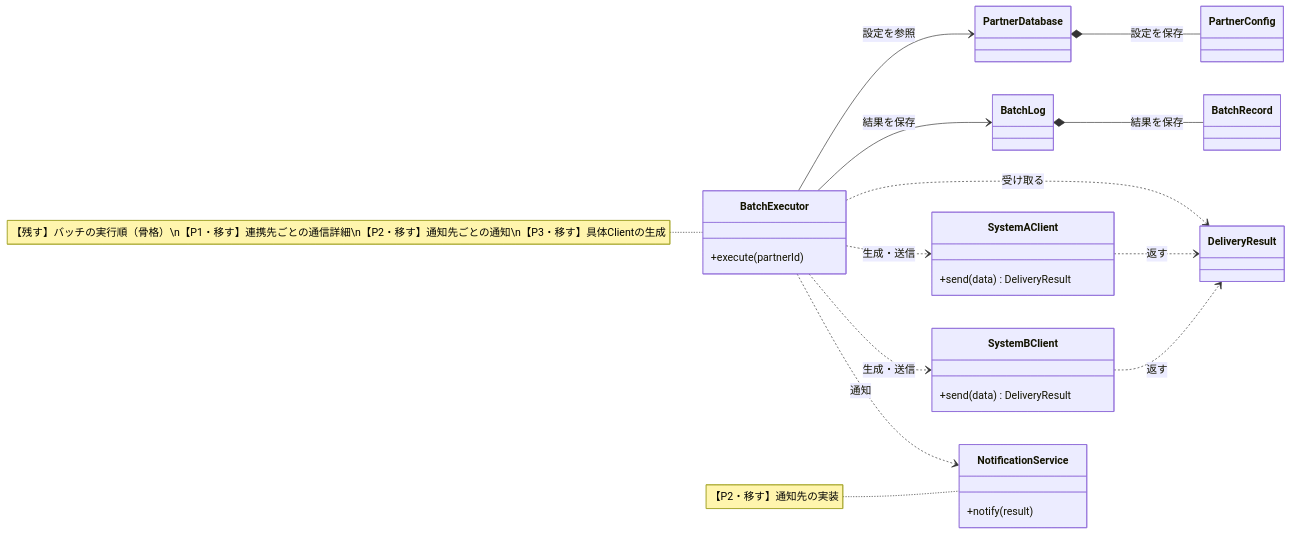
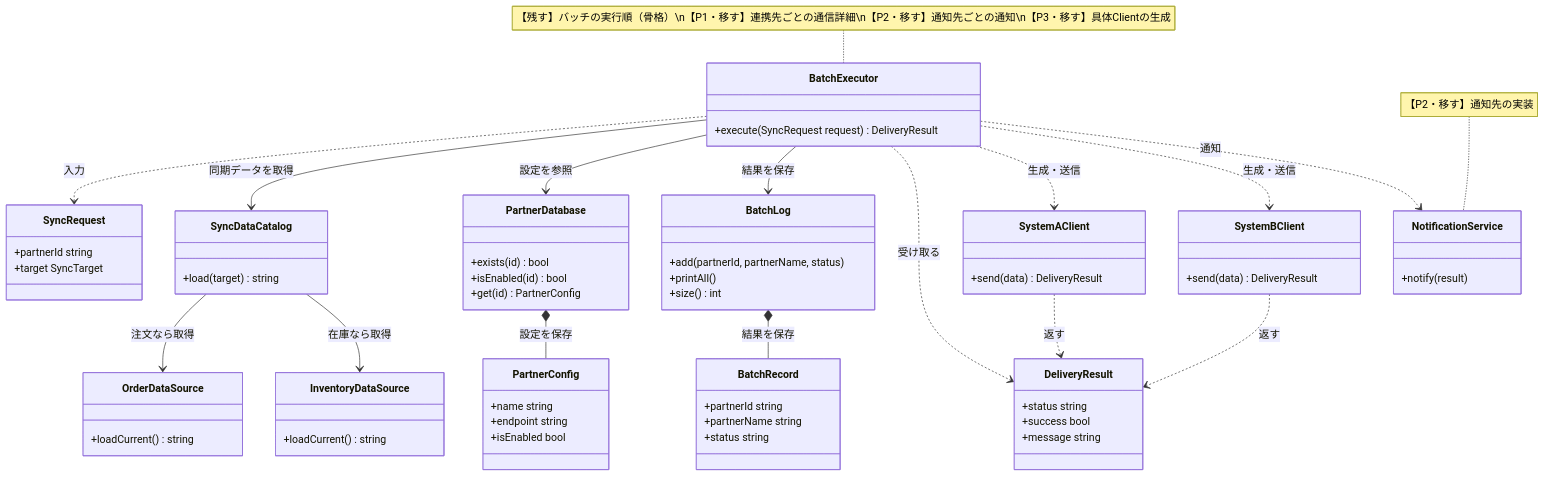
Before and after one commit to kumachan1101-pixel/DesignPattern: the sixth of 12 diagrams in kindle/design-patterns/output/chapter10.md, drawn with Mermaid. The commit also changed other lines of this file and 9 other files, not shown here.

````diff
--- a/kindle/design-patterns/output/chapter10.md
+++ b/kindle/design-patterns/output/chapter10.md
@@ -1026,33 +1128,69 @@
 ```mermaid
 classDiagram
-    direction LR
-    class PartnerConfig
-    class PartnerDatabase
-    class DeliveryResult
-    class BatchRecord
-    class BatchLog
+    class SyncRequest {
+        +partnerId string
+        +target SyncTarget
+    }
+    class OrderDataSource {
+        +loadCurrent() string
+    }
+    class InventoryDataSource {
+        +loadCurrent() string
+    }
+    class SyncDataCatalog {
+        +load(target) string
+    }
+    class PartnerConfig {
+        +name string
+        +endpoint string
+        +isEnabled bool
+    }
+    class PartnerDatabase {
+        +exists(id) bool
+        +isEnabled(id) bool
+        +get(id) PartnerConfig
+    }
+    class DeliveryResult {
+        +status string
+        +success bool
+        +message string
+    }
+    class BatchRecord {
+        +partnerId string
+        +partnerName string
+        +status string
+    }
+    class BatchLog {
+        +add(partnerId, partnerName, status)
+        +printAll()
+        +size() int
+    }
     class BatchExecutor {
-        +execute(partnerId)
+        +execute(SyncRequest request) DeliveryResult
     }
     class SystemAClient { +send(data) DeliveryResult }
     class SystemBClient { +send(data) DeliveryResult }
     class NotificationService { +notify(result) }
     PartnerDatabase *-- PartnerConfig : 設定を保存
     BatchLog *-- BatchRecord : 結果を保存
+    SyncDataCatalog --> OrderDataSource : 注文なら取得
+    SyncDataCatalog --> InventoryDataSource : 在庫なら取得
+    BatchExecutor ..> SyncRequest : 入力
+    BatchExecutor --> SyncDataCatalog : 同期データを取得
     BatchExecutor --> PartnerDatabase : 設定を参照
     BatchExecutor --> BatchLog : 結果を保存
     SystemAClient ..> DeliveryResult : 返す
     SystemBClient ..> DeliveryResult : 返す
     BatchExecutor ..> DeliveryResult : 受け取る
     BatchExecutor ..> SystemAClient : 生成・送信
     BatchExecutor ..> SystemBClient : 生成・送信
     BatchExecutor ..> NotificationService : 通知
 
     note for BatchExecutor "【残す】バッチの実行順（骨格）\n【P1・移す】連携先ごとの通信詳細\n【P2・移す】通知先ごとの通知\n【P3・移す】具体Clientの生成"
     note for NotificationService "【P2・移す】通知先の実装"
 
     classDef focus fill:#FFF2CC,stroke:#D6B656,stroke-width:2px,color:#222222
     classDef stable fill:#E0F7FA,stroke:#0891B2,stroke-width:2px,color:#222222
     cssClass "BatchExecutor" focus
-    cssClass "PartnerConfig,PartnerDatabase,DeliveryResult,BatchRecord,BatchLog" stable
+    cssClass "SyncRequest,OrderDataSource,InventoryDataSource,SyncDataCatalog,PartnerConfig,PartnerDatabase,DeliveryResult,BatchRecord,BatchLog" stable
 ```
````
